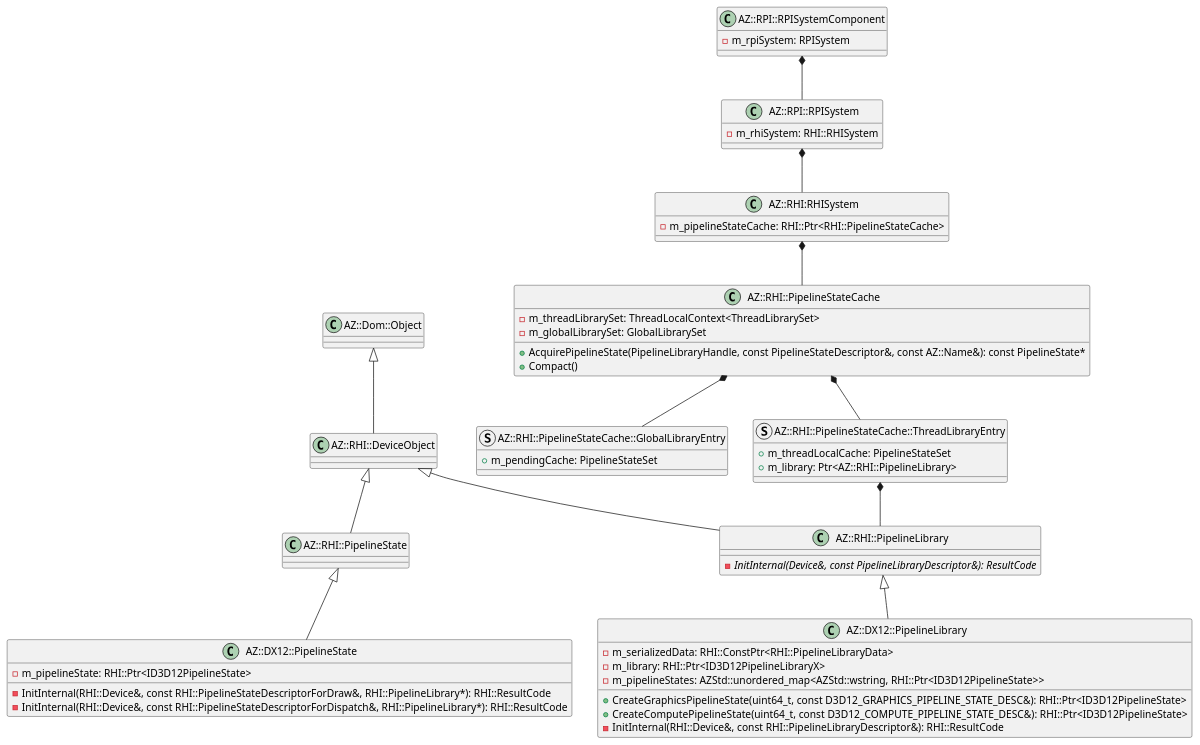
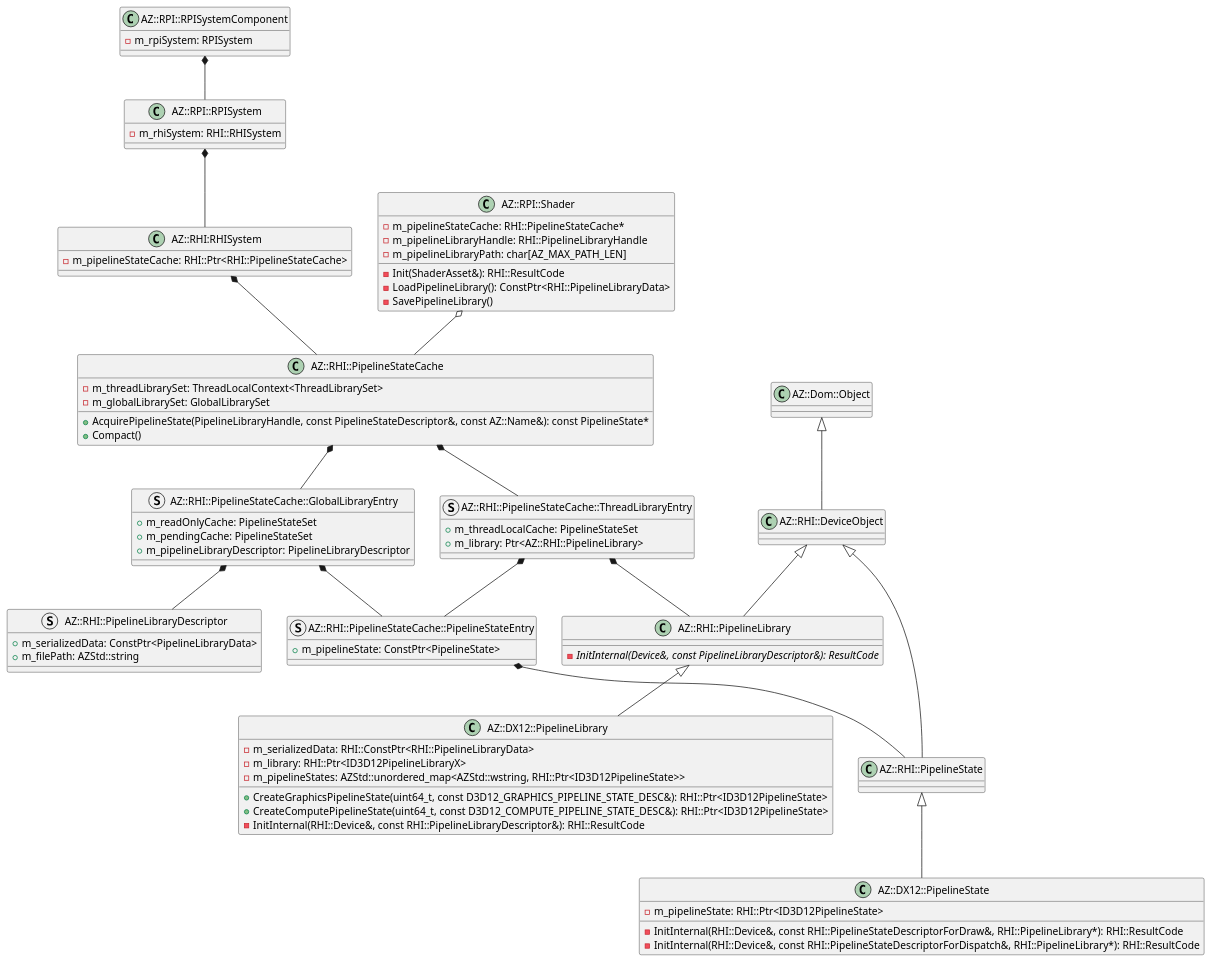
One commit to Alegruz/alegruz.github.io changed the fourth of 4 diagrams in Notes/2024/11/English/PipelineStateCacheStudies.md. Above: the diagram before and after it, drawn with PlantUML. The commit also changed other lines of this file and 1 other file, not shown here.

````diff
--- a/Notes/2024/11/English/PipelineStateCacheStudies.md
+++ b/Notes/2024/11/English/PipelineStateCacheStudies.md
@@ -278,6 +263,11 @@
 
 "AZ::RHI::PipelineLibrary" <|-- "AZ::DX12::PipelineLibrary"
 
+struct "AZ::RHI::PipelineLibraryDescriptor" {
+    +m_serializedData: ConstPtr<PipelineLibraryData>
+    +m_filePath: AZStd::string
+}
+
 struct "AZ::RHI::PipelineStateCache::ThreadLibraryEntry" {
     +m_threadLocalCache: PipelineStateSet
     +m_library: Ptr<AZ::RHI::PipelineLibrary>
@@ -286,8 +276,12 @@
 "AZ::RHI::PipelineStateCache::ThreadLibraryEntry" *-- "AZ::RHI::PipelineLibrary"
 
 struct "AZ::RHI::PipelineStateCache::GlobalLibraryEntry" {
+    +m_readOnlyCache: PipelineStateSet
     +m_pendingCache: PipelineStateSet
+    +m_pipelineLibraryDescriptor: PipelineLibraryDescriptor
 }
+
+"AZ::RHI::PipelineStateCache::GlobalLibraryEntry" *-- "AZ::RHI::PipelineLibraryDescriptor"
 
 class "AZ::RHI::PipelineStateCache" {
     -m_threadLibrarySet: ThreadLocalContext<ThreadLibrarySet>
@@ -327,5 +321,25 @@
 
 "AZ::RHI::PipelineState" <|-- "AZ::DX12::PipelineState"
 "AZ::RHI::DeviceObject" <|-- "AZ::RHI::PipelineState"
+
+class "AZ::RPI::Shader" {
+    -m_pipelineStateCache: RHI::PipelineStateCache*
+    -m_pipelineLibraryHandle: RHI::PipelineLibraryHandle
+    -m_pipelineLibraryPath: char[AZ_MAX_PATH_LEN]
+    -Init(ShaderAsset&): RHI::ResultCode
+    -LoadPipelineLibrary(): ConstPtr<RHI::PipelineLibraryData>
+    -SavePipelineLibrary()
+}
+
+"AZ::RPI::Shader" o-- "AZ::RHI::PipelineStateCache"
+
+struct "AZ::RHI::PipelineStateCache::PipelineStateEntry" {
+    +m_pipelineState: ConstPtr<PipelineState>
+}
+
+"AZ::RHI::PipelineStateCache::PipelineStateEntry" *-- "AZ::RHI::PipelineState"
+
+"AZ::RHI::PipelineStateCache::ThreadLibraryEntry" *-- "AZ::RHI::PipelineStateCache::PipelineStateEntry"
+"AZ::RHI::PipelineStateCache::GlobalLibraryEntry" *-- "AZ::RHI::PipelineStateCache::PipelineStateEntry"
 @enduml
 ```
````
